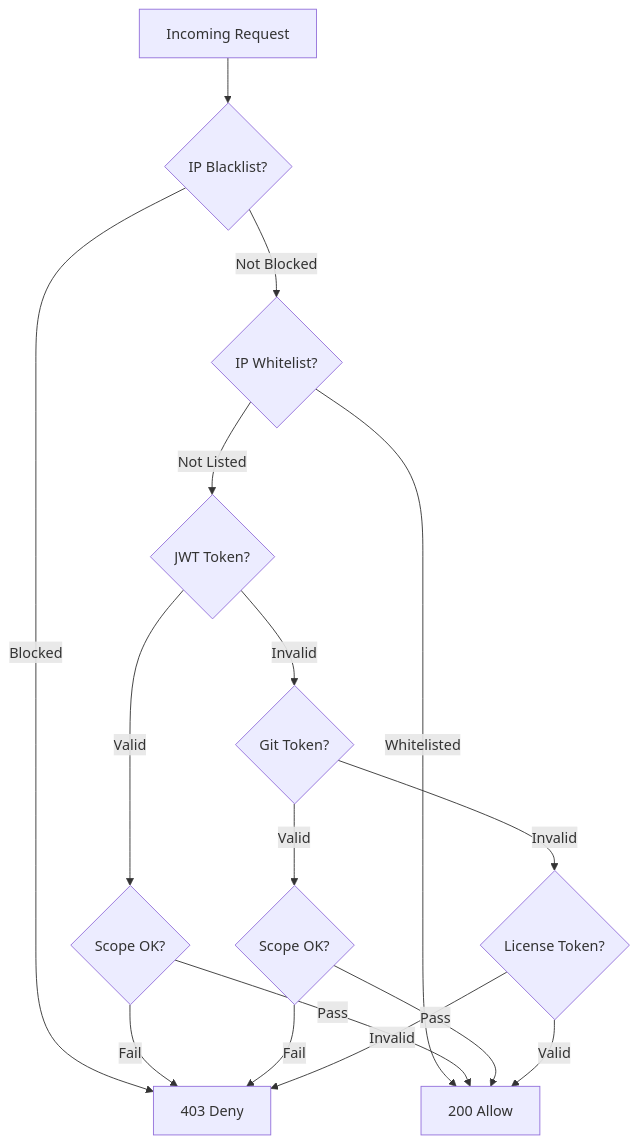
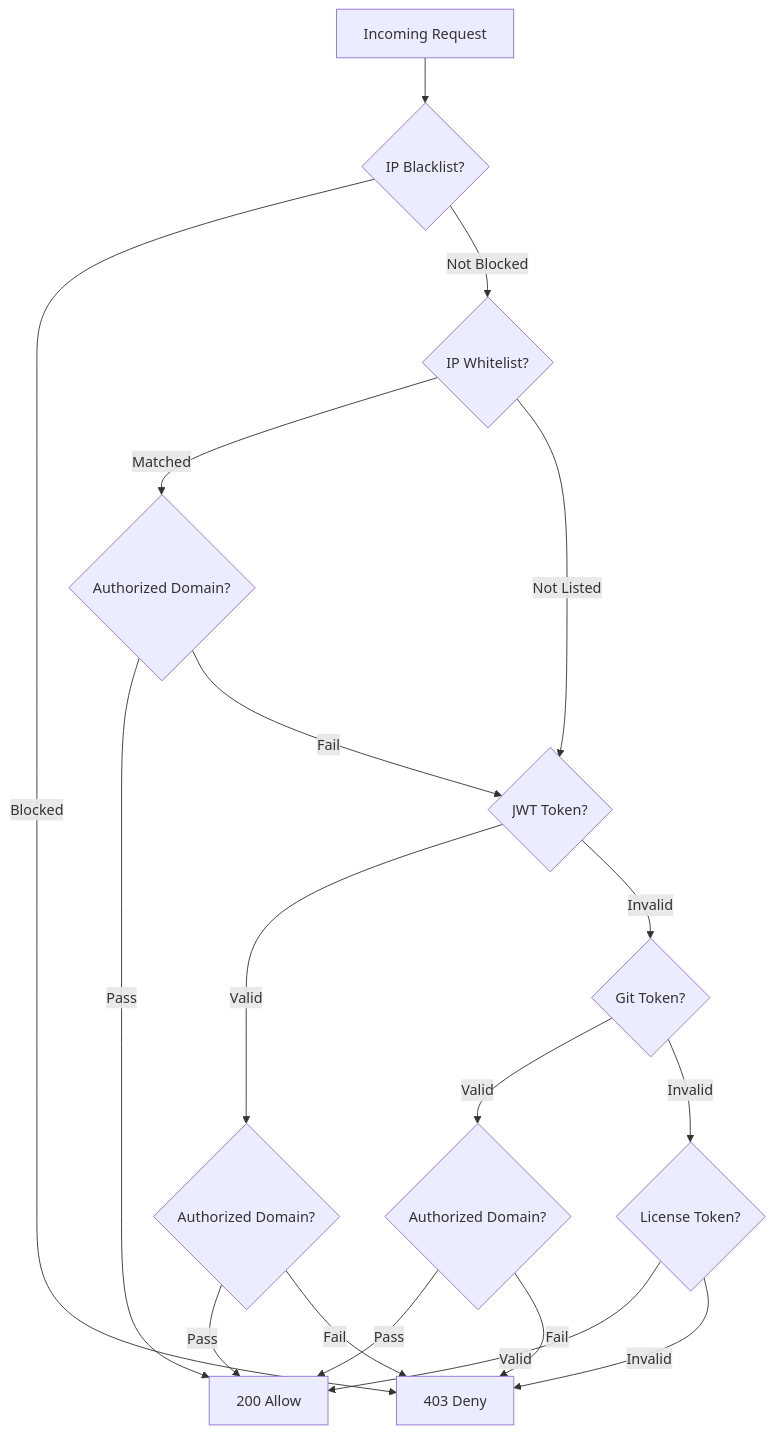
One commit to Flmelody/open-website-defender changed the diagram in docs/features/authentication.en.md. Above: the diagram before and after it, drawn with Mermaid. The commit also changed other lines of this file and 53 other files, not shown here.

````diff
--- a/docs/features/authentication.en.md
+++ b/docs/features/authentication.en.md
@@ -75,18 +78,20 @@
 ```mermaid
 graph TD
     Request[Incoming Request] --> BlacklistCheck{IP Blacklist?}
     BlacklistCheck -->|Blocked| Deny[403 Deny]
     BlacklistCheck -->|Not Blocked| WhitelistCheck{IP Whitelist?}
-    WhitelistCheck -->|Whitelisted| Allow[200 Allow]
+    WhitelistCheck -->|Matched| WLDomainCheck{Authorized Domain?}
+    WLDomainCheck -->|Pass| Allow[200 Allow]
+    WLDomainCheck -->|Fail| JWTCheck
     WhitelistCheck -->|Not Listed| JWTCheck{JWT Token?}
-    JWTCheck -->|Valid| ScopeCheck1{Scope OK?}
-    ScopeCheck1 -->|Pass| Allow
-    ScopeCheck1 -->|Fail| Deny
+    JWTCheck -->|Valid| DomainCheck1{Authorized Domain?}
+    DomainCheck1 -->|Pass| Allow
+    DomainCheck1 -->|Fail| Deny
     JWTCheck -->|Invalid| GitTokenCheck{Git Token?}
-    GitTokenCheck -->|Valid| ScopeCheck2{Scope OK?}
-    ScopeCheck2 -->|Pass| Allow
-    ScopeCheck2 -->|Fail| Deny
+    GitTokenCheck -->|Valid| DomainCheck2{Authorized Domain?}
+    DomainCheck2 -->|Pass| Allow
+    DomainCheck2 -->|Fail| Deny
     GitTokenCheck -->|Invalid| LicenseCheck{License Token?}
     LicenseCheck -->|Valid| Allow
     LicenseCheck -->|Invalid| Deny
 ```
````
